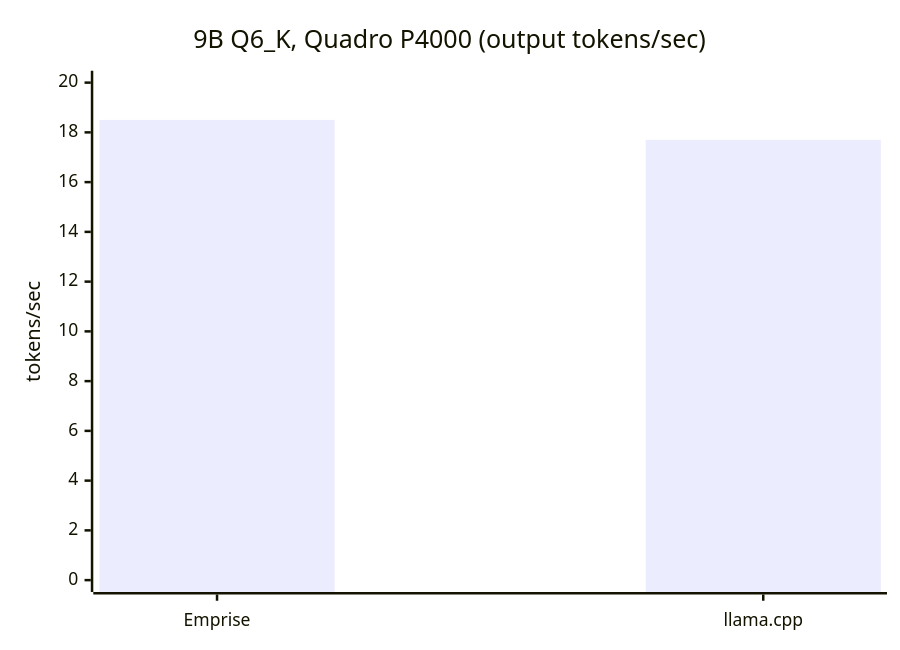
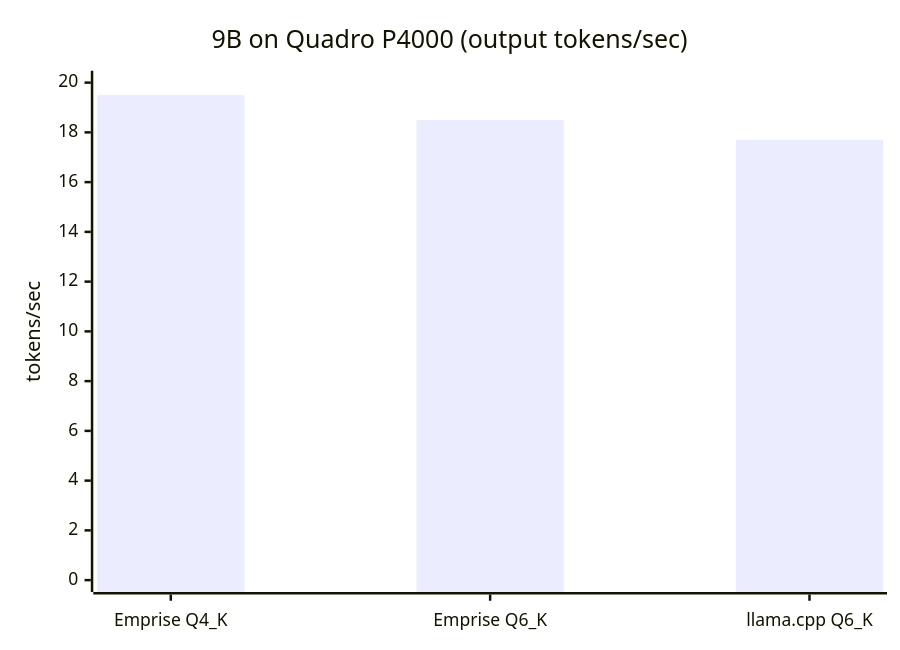
The diagram in v1.1/README.md (kiyosh11/emprise), drawn with Mermaid before and after one commit. The commit also changed other lines of this file and 1 other file, not shown here.

Commit message:
v1.1: faster Q4_K kernel (repacked scales, 8-byte loads)

````diff
--- a/v1.1/README.md
+++ b/v1.1/README.md
@@ -38,7 +38,7 @@
 ```mermaid
 xychart-beta
-    title "9B Q6_K, Quadro P4000 (output tokens/sec)"
-    x-axis ["Emprise", "llama.cpp"]
+    title "9B on Quadro P4000 (output tokens/sec)"
+    x-axis ["Emprise Q4_K", "Emprise Q6_K", "llama.cpp Q6_K"]
     y-axis "tokens/sec" 0 --> 20
-    bar [18.5, 17.7]
+    bar [19.5, 18.5, 17.7]
 ```
````
